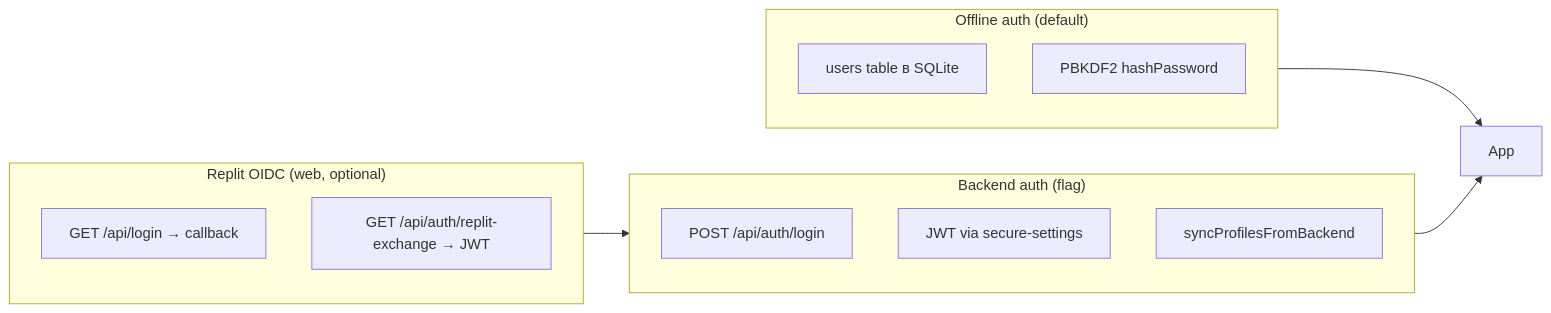
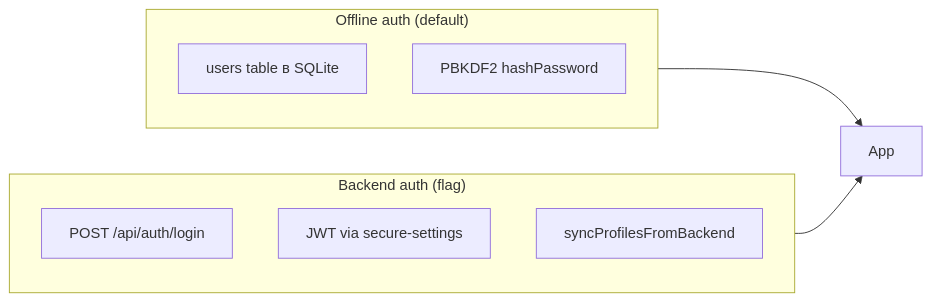
Before and after one commit to zuevfoton-art/AllerGuide: the third of 3 diagrams in docs/architecture.md, drawn with Mermaid. The commit also changed other lines of this file and 60 other files, not shown here.

First line of the commit message:
chore: drop Replit from docs, gates, and auth

````diff
--- a/docs/architecture.md
+++ b/docs/architecture.md
@@ -431,19 +430,14 @@
 ```mermaid
 flowchart LR
   subgraph offline ["Offline auth (default)"]
     L1["users table в SQLite"]
     L2["PBKDF2 hashPassword"]
   end
   subgraph backend ["Backend auth (flag)"]
     B1["POST /api/auth/login"]
     B2["JWT via secure-settings"]
     B3["syncProfilesFromBackend"]
   end
-  subgraph replit ["Replit OIDC (web, optional)"]
-    R1["GET /api/login → callback"]
-    R2["GET /api/auth/replit-exchange → JWT"]
-  end
   offline --> App
   backend --> App
-  replit --> backend
 ```
````
